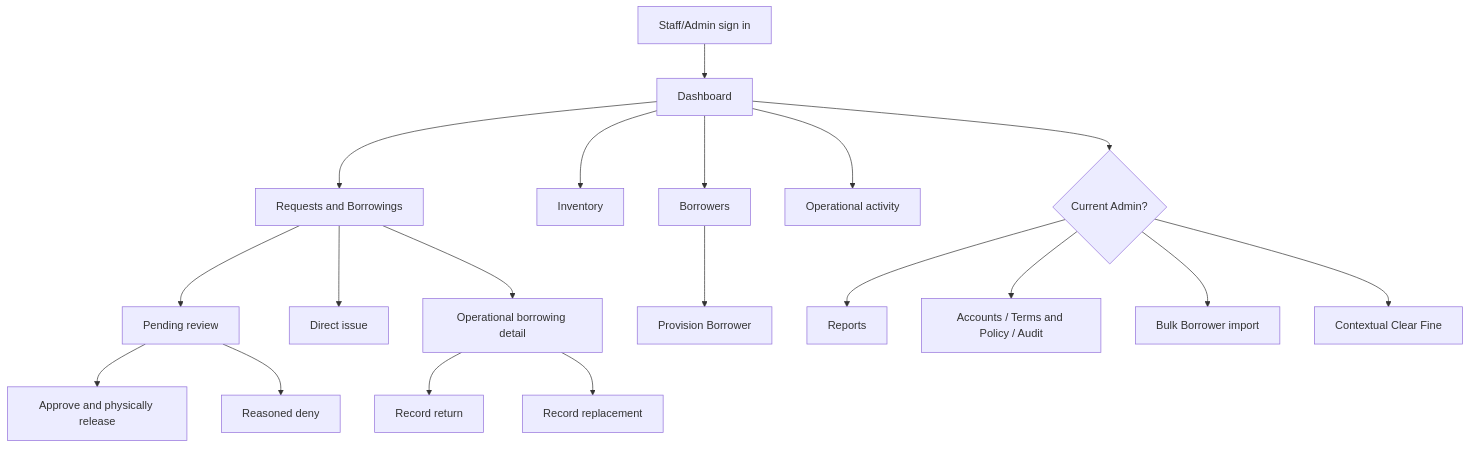
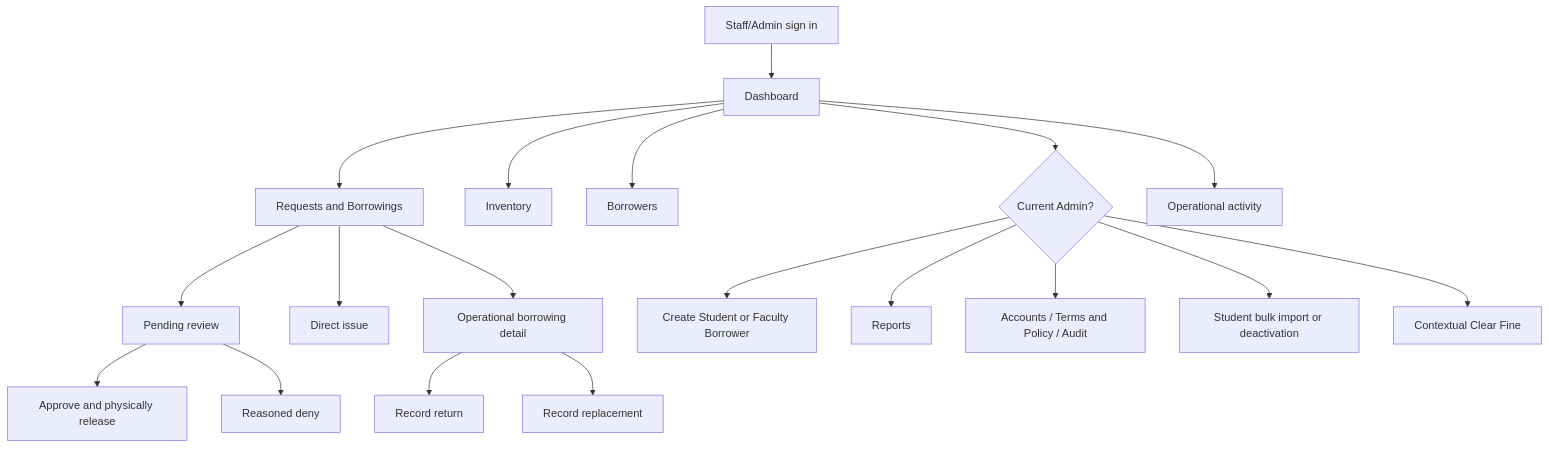
The second of 2 diagrams in docs/ux/UX_ARCHITECTURE.md (Maaku050/elabtrack-v2), drawn with Mermaid before and after one commit. The commit also changed other lines of this file and 125 other files, not shown here.

````diff
--- a/docs/ux/UX_ARCHITECTURE.md
+++ b/docs/ux/UX_ARCHITECTURE.md
@@ -45,21 +47,21 @@
 ```mermaid
 flowchart TD
     Entry[Staff/Admin sign in] --> Dash[Dashboard]
     Dash --> Requests[Requests and Borrowings]
     Requests --> Review[Pending review]
     Review --> Release[Approve and physically release]
     Review --> Deny[Reasoned deny]
     Requests --> Direct[Direct issue]
     Requests --> Loan[Operational borrowing detail]
     Loan --> Returns[Record return]
     Loan --> Replacements[Record replacement]
     Dash --> Inventory[Inventory]
     Dash --> Borrowers[Borrowers]
-    Borrowers --> Provision[Provision Borrower]
+    Admin --> Provision[Create Student or Faculty Borrower]
     Dash --> Notices[Operational activity]
     Dash --> Admin{Current Admin?}
     Admin --> Reports[Reports]
     Admin --> Manage[Accounts / Terms and Policy / Audit]
-    Admin --> Bulk[Bulk Borrower import]
+    Admin --> Bulk[Student bulk import or deactivation]
     Admin --> Clear[Contextual Clear Fine]
 ```
````
